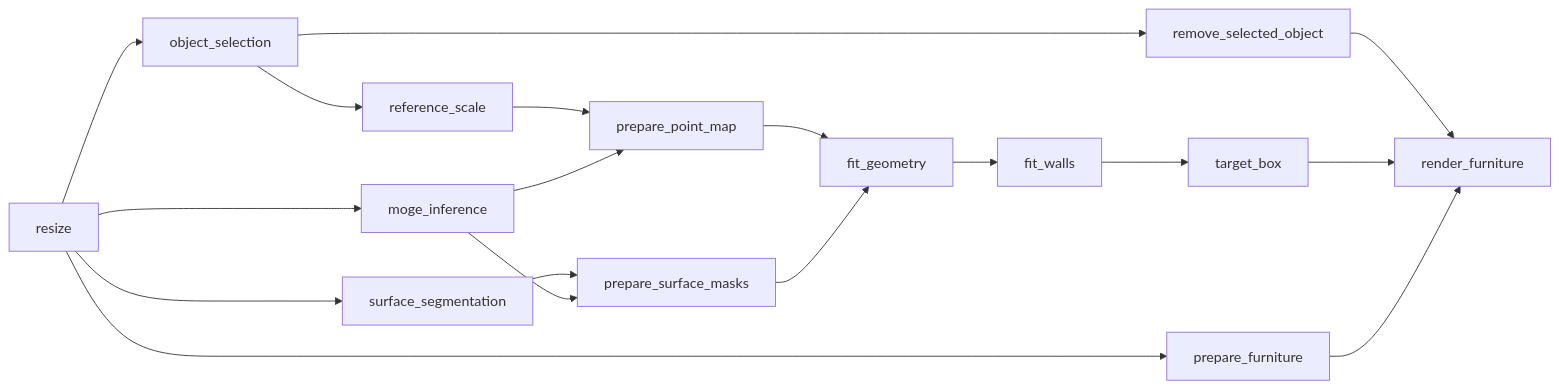
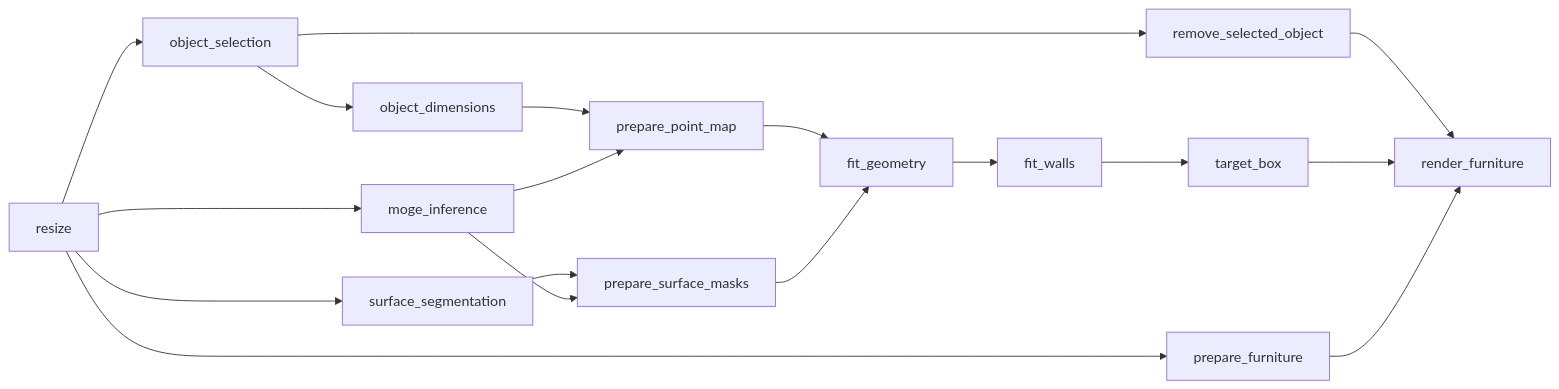
One commit to tamnguyenvan/dreamroom changed the diagram in README.md. Above: the diagram before and after it, drawn with Mermaid. The commit also changed other lines of this file and 17 other files, not shown here.

````diff
--- a/README.md
+++ b/README.md
@@ -30,12 +30,12 @@
 ```mermaid
 graph LR
-    resize --> object_selection --> reference_scale --> prepare_point_map
+    resize --> object_selection --> object_dimensions --> prepare_point_map
     object_selection --> remove_selected_object --> render_furniture
     resize --> moge_inference --> prepare_point_map
     resize --> surface_segmentation --> prepare_surface_masks
     moge_inference --> prepare_surface_masks
     prepare_point_map --> fit_geometry
     prepare_surface_masks --> fit_geometry
     fit_geometry --> fit_walls --> target_box --> render_furniture
     resize --> prepare_furniture --> render_furniture
 ```
````
